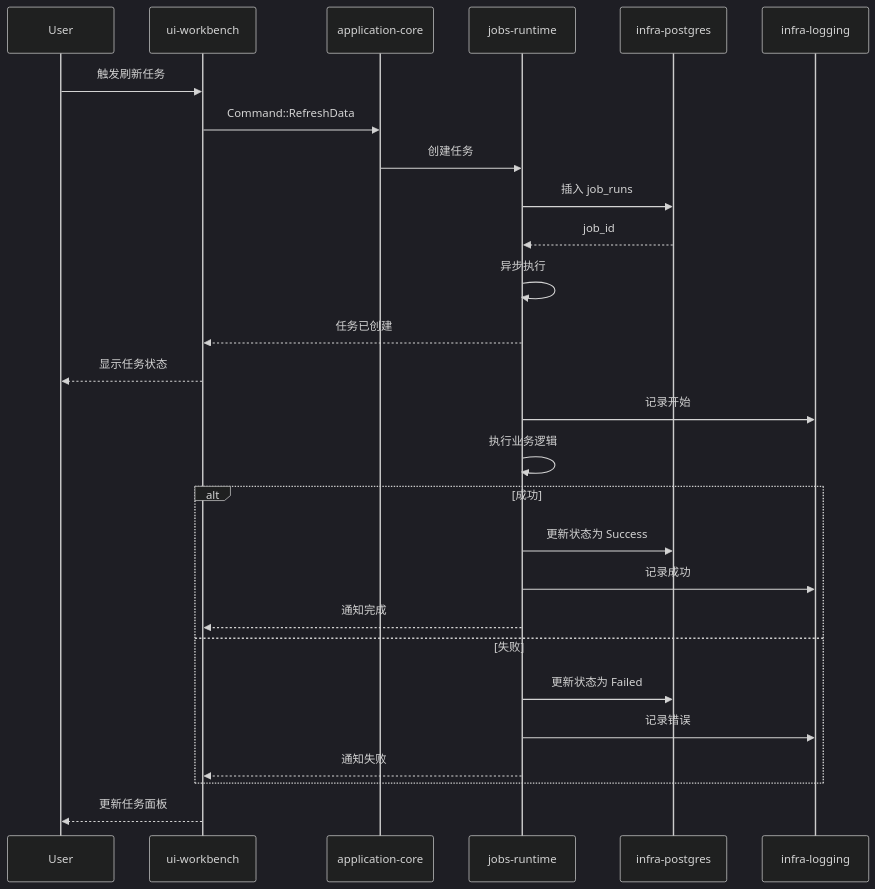
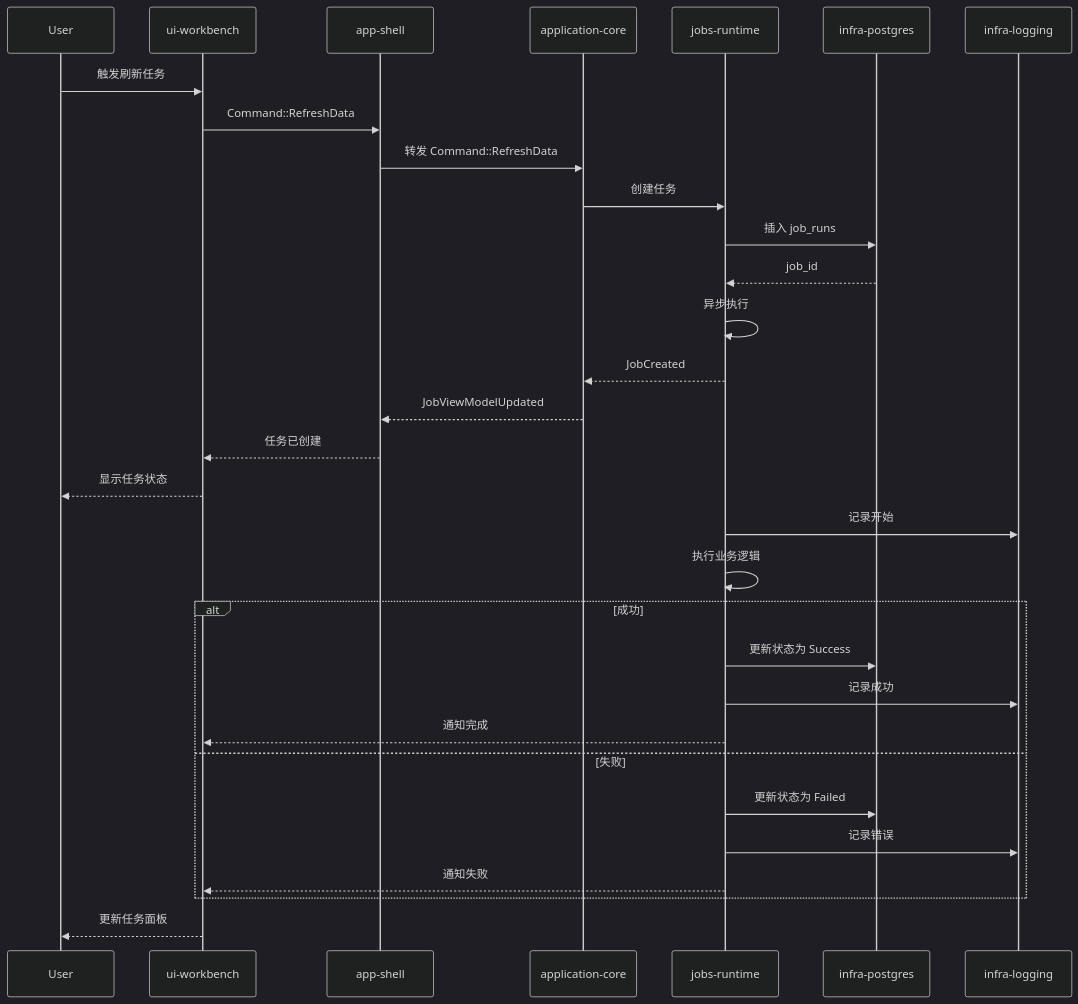
The sixth of 6 diagrams in .kiro/specs/zquant-enterprise-evolution-roadmap/design.md (smile9493/zquant), drawn with Mermaid (dark theme) before and after one commit. The commit also changed other lines of this file and 20 other files, not shown here.

````diff
--- a/.kiro/specs/zquant-enterprise-evolution-roadmap/design.md
+++ b/.kiro/specs/zquant-enterprise-evolution-roadmap/design.md
@@ -224,33 +277,37 @@
 ```mermaid
 sequenceDiagram
     participant User
     participant Workbench as ui-workbench
+    participant Shell as app-shell
     participant AppCore as application-core
     participant JobsRuntime as jobs-runtime
     participant PG as infra-postgres
     participant Logging as infra-logging
     
     User->>Workbench: 触发刷新任务
-    Workbench->>AppCore: Command::RefreshData
+    Workbench->>Shell: Command::RefreshData
+    Shell->>AppCore: 转发 Command::RefreshData
     AppCore->>JobsRuntime: 创建任务
     JobsRuntime->>PG: 插入 job_runs
     PG-->>JobsRuntime: job_id
     JobsRuntime->>JobsRuntime: 异步执行
-    JobsRuntime-->>Workbench: 任务已创建
+    JobsRuntime-->>AppCore: JobCreated
+    AppCore-->>Shell: JobViewModelUpdated
+    Shell-->>Workbench: 任务已创建
     Workbench-->>User: 显示任务状态
     
     JobsRuntime->>Logging: 记录开始
     JobsRuntime->>JobsRuntime: 执行业务逻辑
     
     alt 成功
         JobsRuntime->>PG: 更新状态为 Success
         JobsRuntime->>Logging: 记录成功
         JobsRuntime-->>Workbench: 通知完成
     else 失败
         JobsRuntime->>PG: 更新状态为 Failed
         JobsRuntime->>Logging: 记录错误
         JobsRuntime-->>Workbench: 通知失败
     end
     
     Workbench-->>User: 更新任务面板
 ```
````
